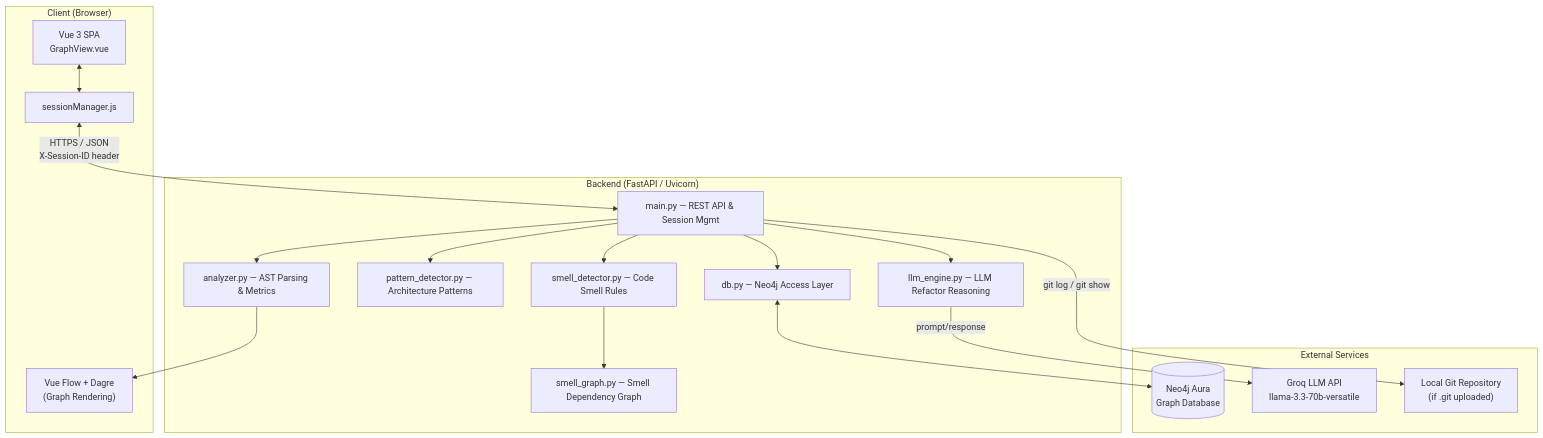
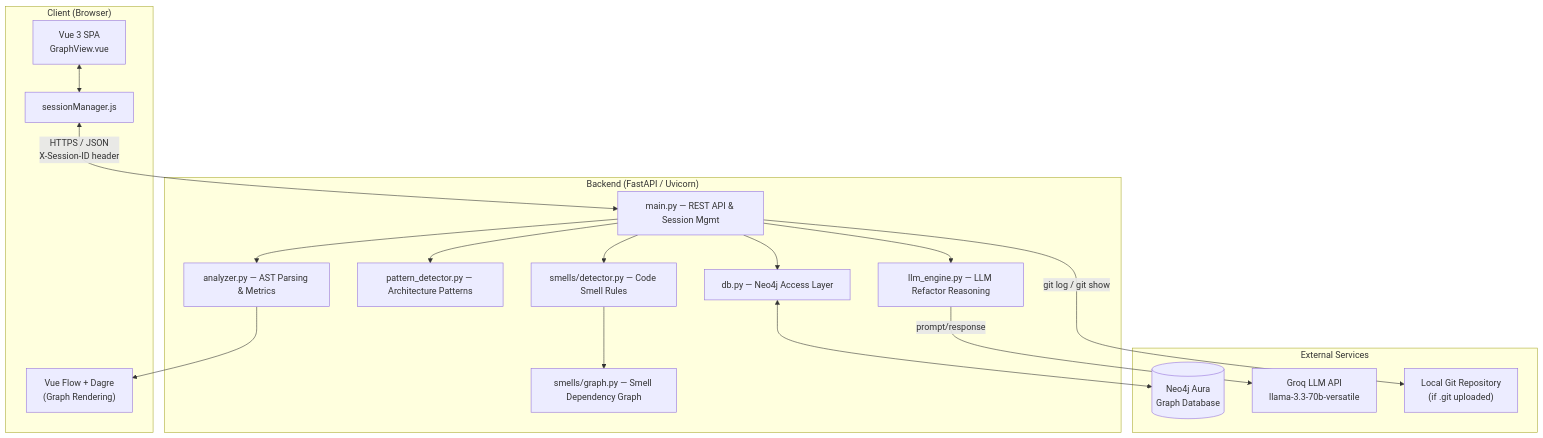
One commit to farjanasarker/Code_Base_Visualisation changed the first of 14 diagrams in docs/SRS.md. Above: the diagram before and after it, drawn with Mermaid. The commit also changed other lines of this file and 9 other files, not shown here.

````diff
--- a/docs/SRS.md
+++ b/docs/SRS.md
@@ -125,37 +125,37 @@
 ```mermaid
 flowchart TB
     subgraph Client["Client (Browser)"]
         UI["Vue 3 SPA<br/>GraphView.vue"]
         VF["Vue Flow + Dagre<br/>(Graph Rendering)"]
         SM["sessionManager.js"]
     end
 
     subgraph Server["Backend (FastAPI / Uvicorn)"]
         API["main.py — REST API & Session Mgmt"]
         AN["analyzer.py — AST Parsing & Metrics"]
         PD["pattern_detector.py — Architecture Patterns"]
-        SD["smell_detector.py — Code Smell Rules"]
-        SG["smell_graph.py — Smell Dependency Graph"]
+        SD["smells/detector.py — Code Smell Rules"]
+        SG["smells/graph.py — Smell Dependency Graph"]
         LE["llm_engine.py — LLM Refactor Reasoning"]
         DB_MOD["db.py — Neo4j Access Layer"]
     end
 
     subgraph External["External Services"]
         NEO[("Neo4j Aura<br/>Graph Database")]
         GROQ["Groq LLM API<br/>llama-3.3-70b-versatile"]
         GIT["Local Git Repository<br/>(if .git uploaded)"]
     end
 
     UI <--> SM
     SM <-- "HTTPS / JSON<br/>X-Session-ID header" --> API
     API --> AN
     API --> PD
     API --> SD
     SD --> SG
     API --> LE
     LE -- "prompt/response" --> GROQ
     API --> DB_MOD
     DB_MOD <--> NEO
     API -- "git log / git show" --> GIT
     AN --> VF
 ```
````
